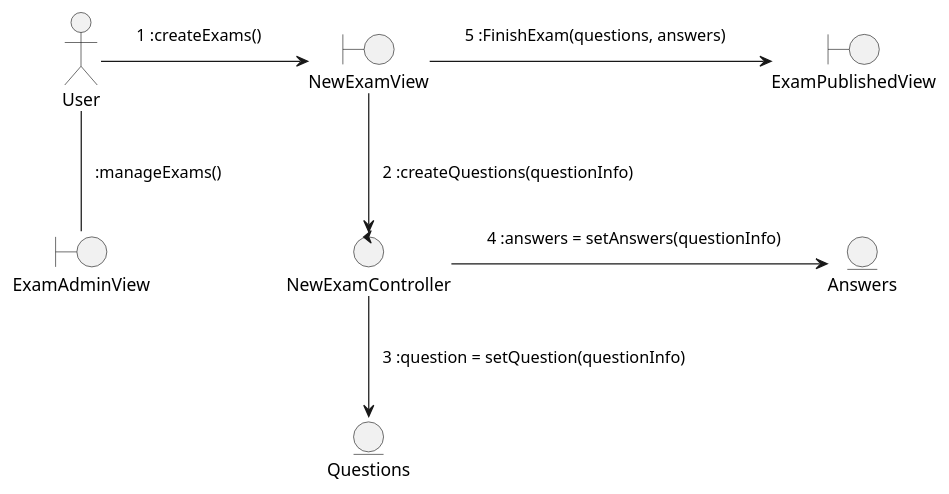
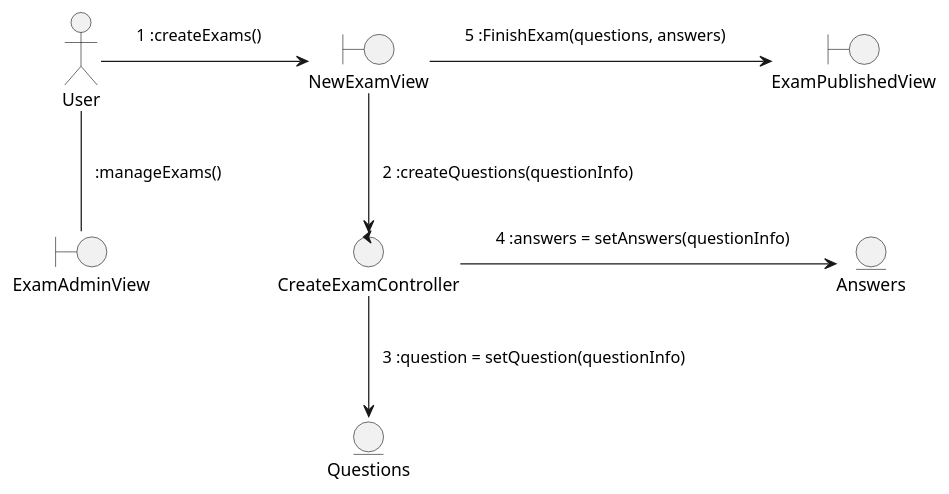
One commit to TheSProyect/Proyecto-IS-Grupo-1 changed the diagram in docs/logicalView/analysisView/UC-CreateExam-comunicationDiagram.plantuml. Above: the diagram before and after it, drawn with PlantUML. The commit also changed 1 other file, not shown here.

Commit message:
Correcion UC-CreateExam

```diff
--- a/docs/logicalView/analysisView/UC-CreateExam-comunicationDiagram.plantuml
+++ b/docs/logicalView/analysisView/UC-CreateExam-comunicationDiagram.plantuml
@@ -1,49 +1,49 @@
 @startuml
 skinparam style strictuml
 skinparam noteBackgroundColor transparent
 skinparam noteBorderColor transparent
 
 actor User
 
 boundary ExamAdminView
 boundary NewExamView
 boundary ExamPublishedView
 
 entity Questions
 entity Answers
 
-control NewExamController
+control CreateExamController
 
 User -- ExamAdminView
 note on link
 :manageExams()
 end note
 
 
 User -r-> NewExamView
 note on link
  1 :createExams()
 end note
 
 NewExamView -r-> ExamPublishedView 
 note on link
  5 :FinishExam(questions, answers)
 end note
 
-NewExamView --> NewExamController 
+NewExamView --> CreateExamController 
 note on link
  2 :createQuestions(questionInfo)
 end note
 
-NewExamController --> Questions
+CreateExamController --> Questions
 note on link
  3 :question = setQuestion(questionInfo)
 end note
 
-NewExamController -r-> Answers 
+CreateExamController -r-> Answers 
 note on link
  4 :answers = setAnswers(questionInfo)
 end note
 
 
 @enduml
```
